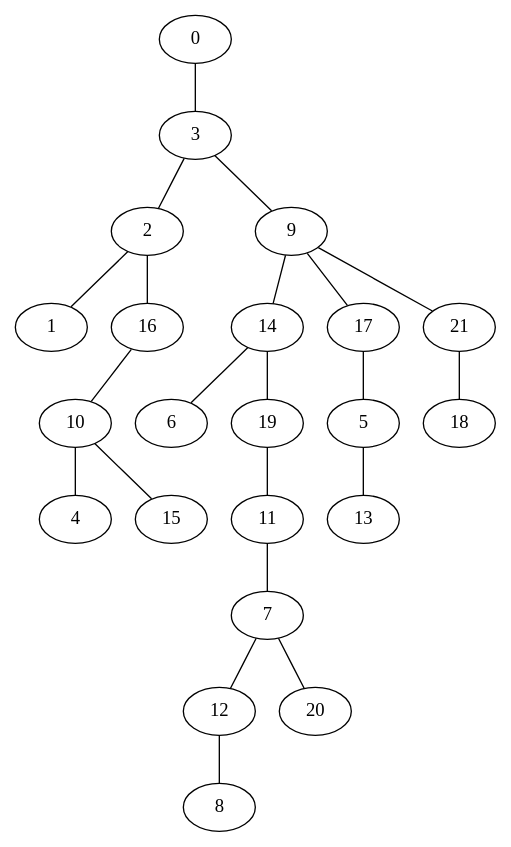
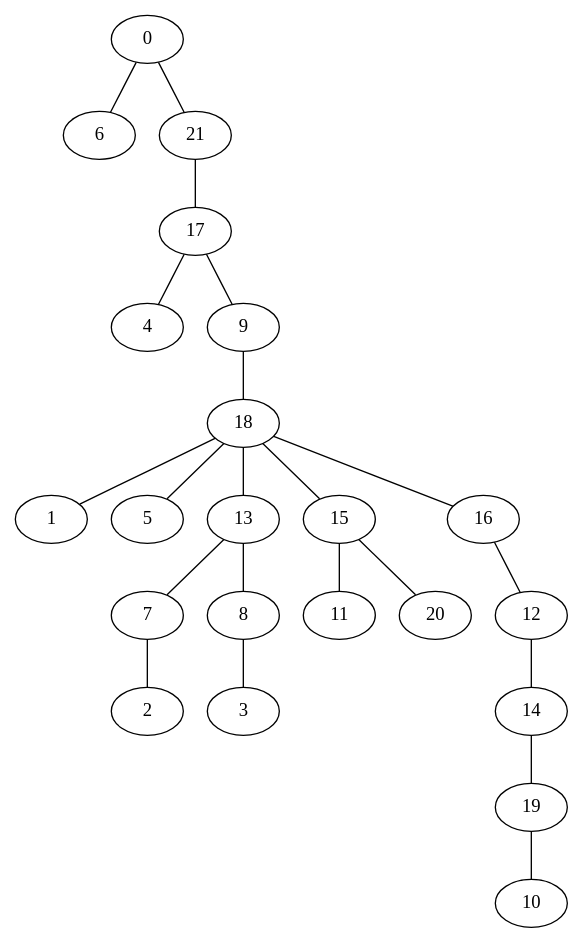
One commit to VillegasGG/greedy-firefighter-problem changed the diagram in pygrapghviz.dot. Above: the diagram before and after it, drawn with Graphviz. The commit also changed 2 other files, not shown here.

```diff
--- a/pygrapghviz.dot
+++ b/pygrapghviz.dot
@@ -1,23 +1,23 @@
 strict graph "" {
-	0 -- 3;
-	3 -- 2;
-	3 -- 9;
-	2 -- 1;
-	2 -- 16;
-	9 -- 14;
-	9 -- 17;
-	9 -- 21;
-	14 -- 6;
+	0 -- 6;
+	0 -- 21;
+	21 -- 17;
+	17 -- 4;
+	17 -- 9;
+	9 -- 18;
+	18 -- 1;
+	18 -- 5;
+	18 -- 13;
+	18 -- 15;
+	18 -- 16;
+	13 -- 7;
+	13 -- 8;
+	15 -- 11;
+	15 -- 20;
+	16 -- 12;
+	12 -- 14;
 	14 -- 19;
-	17 -- 5;
-	21 -- 18;
-	5 -- 13;
-	19 -- 11;
-	11 -- 7;
-	7 -- 12;
-	7 -- 20;
-	12 -- 8;
-	16 -- 10;
-	10 -- 4;
-	10 -- 15;
+	19 -- 10;
+	7 -- 2;
+	8 -- 3;
 }
```
